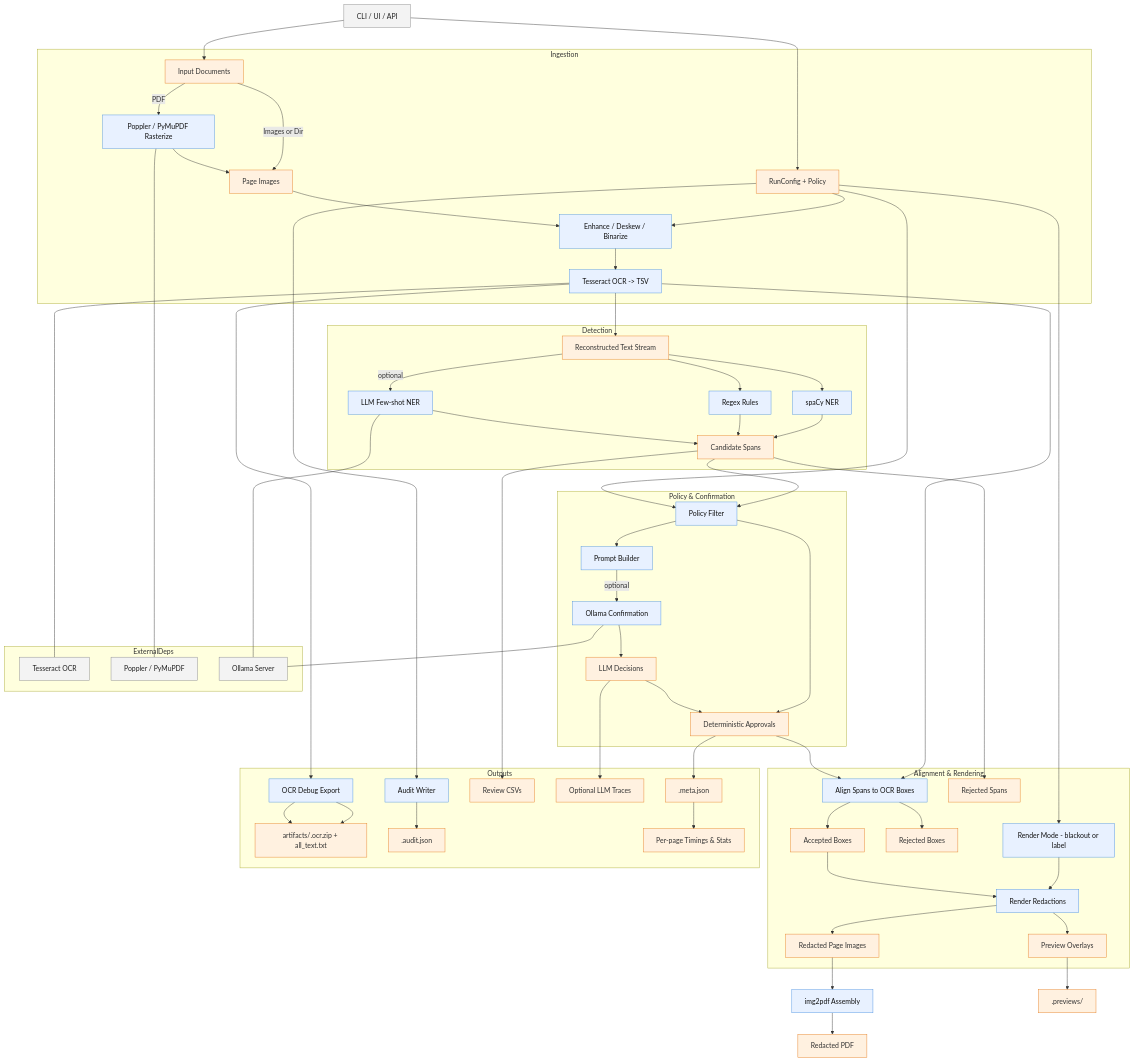
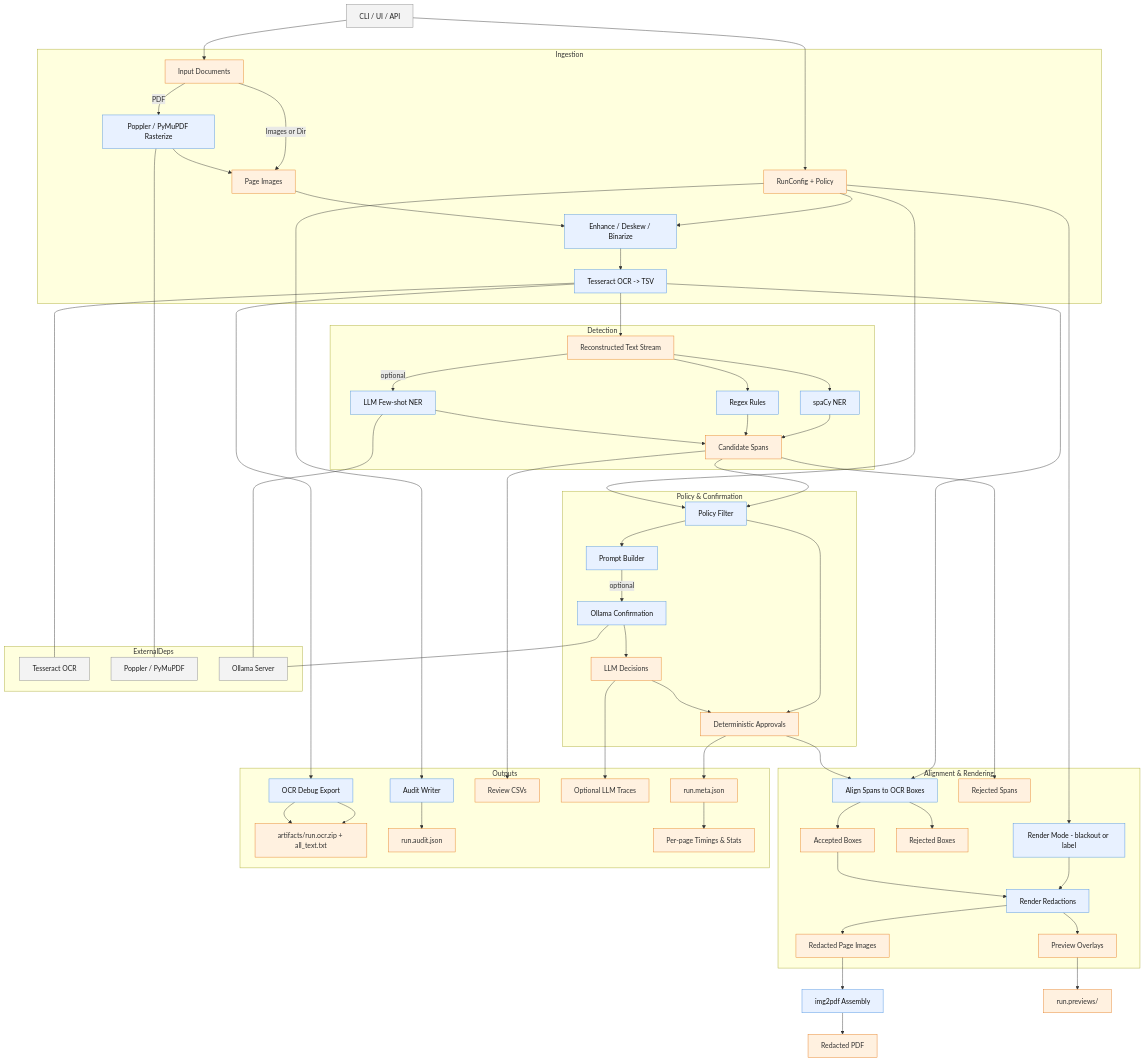
The diagram in docs/architecture.mmd (BechirTr/evanesco-offline), drawn with Mermaid before and after one commit. The commit also changed 46 other files, not shown here.

```diff
--- a/docs/architecture.mmd
+++ b/docs/architecture.mmd
@@ -1,81 +1,81 @@
-graph TD
+flowchart TD
   %% Styles
   classDef external fill:#f3f3f3,stroke:#888,color:#222
   classDef action fill:#e8f1ff,stroke:#4a90e2,color:#111
   classDef store fill:#fff1e0,stroke:#e67e22,color:#333
 
 %% Entry points
-Entry[CLI / UI / API]:::external --> Config[RunConfig + Policy]:::store;
-Entry --> Source[Input Documents]:::store;
+Entry[CLI / UI / API]:::external --> Config[RunConfig + Policy]:::store
+Entry --> Source[Input Documents]:::store
 
 %% Pipeline flow
 
 subgraph Ingestion
-  Source -->|PDF| Rasterize[Poppler / PyMuPDF Rasterize]:::action;
-  Source -->|Images or Dir| Pages[Page Images]:::store;
-  Rasterize --> Pages;
-  Config --> Preprocess[Enhance / Deskew / Binarize]:::action;
-  Pages --> Preprocess;
-  Preprocess --> OCR[Tesseract OCR -> TSV]:::action;
+  Source -->|PDF| Rasterize[Poppler / PyMuPDF Rasterize]:::action
+  Source -->|Images or Dir| Pages[Page Images]:::store
+  Rasterize --> Pages
+  Config --> Preprocess[Enhance / Deskew / Binarize]:::action
+  Pages --> Preprocess
+  Preprocess --> OCR[Tesseract OCR -> TSV]:::action
 end
 
-OCR --> TextStream[Reconstructed Text Stream]:::store;
-OCR --> DebugExport[OCR Debug Export]:::action;
-DebugExport --> OcrArtifacts[artifacts/<run>.ocr.zip + all_text.txt]:::store;
+OCR --> TextStream[Reconstructed Text Stream]:::store
+OCR --> DebugExport[OCR Debug Export]:::action
+DebugExport --> OcrArtifacts[artifacts/run.ocr.zip + all_text.txt]:::store
 
 subgraph Detection
-  TextStream --> Spa[spaCy NER]:::action;
-  TextStream --> Regex[Regex Rules]:::action;
-  TextStream -->|optional| LLMNER[LLM Few-shot NER]:::action;
-  Spa --> Candidates[Candidate Spans]:::store;
-  Regex --> Candidates;
-  LLMNER --> Candidates;
+  TextStream --> Spa[spaCy NER]:::action
+  TextStream --> Regex[Regex Rules]:::action
+  TextStream -->|optional| LLMNER[LLM Few-shot NER]:::action
+  Spa --> Candidates[Candidate Spans]:::store
+  Regex --> Candidates
+  LLMNER --> Candidates
 end
 
 subgraph PolicyConfirmation [Policy & Confirmation]
-  Candidates --> PolicyFilter[Policy Filter]:::action;
-  Config --> PolicyFilter;
-  PolicyFilter --> Prompt[Prompt Builder]:::action;
-  Prompt -->|optional| ConfirmLLM[Ollama Confirmation]:::action;
-  ConfirmLLM --> Decisions[LLM Decisions]:::store;
-  PolicyFilter --> Deterministic[Deterministic Approvals]:::store;
-  Decisions --> Deterministic;
+  Candidates --> PolicyFilter[Policy Filter]:::action
+  Config --> PolicyFilter
+  PolicyFilter --> Prompt[Prompt Builder]:::action
+  Prompt -->|optional| ConfirmLLM[Ollama Confirmation]:::action
+  ConfirmLLM --> Decisions[LLM Decisions]:::store
+  PolicyFilter --> Deterministic[Deterministic Approvals]:::store
+  Decisions --> Deterministic
 end
 
 subgraph AlignmentRendering [Alignment & Rendering]
-  OCR --> Align[Align Spans to OCR Boxes]:::action;
-  Deterministic --> Align;
-  Align --> Boxes[Accepted Boxes]:::store;
-  Candidates --> Rejected[Rejected Spans]:::store;
-  Align --> RejectedBoxes[Rejected Boxes]:::store;
-  Config --> RenderMode[Render Mode - blackout or label]:::action;
-  RenderMode --> Render[Render Redactions]:::action;
-  Boxes --> Render;
-  Render --> RedPages[Redacted Page Images]:::store;
-  Render --> Previews[Preview Overlays]:::store;
+  OCR --> Align[Align Spans to OCR Boxes]:::action
+  Deterministic --> Align
+  Align --> Boxes[Accepted Boxes]:::store
+  Candidates --> Rejected[Rejected Spans]:::store
+  Align --> RejectedBoxes[Rejected Boxes]:::store
+  Config --> RenderMode[Render Mode - blackout or label]:::action
+  RenderMode --> Render[Render Redactions]:::action
+  Boxes --> Render
+  Render --> RedPages[Redacted Page Images]:::store
+  Render --> Previews[Preview Overlays]:::store
 end
 
-RedPages --> PdfTask[img2pdf Assembly]:::action;
-PdfTask --> OutputPdf[Redacted PDF]:::store;
-Previews --> PreviewDir[<run>.previews/]:::store;
+RedPages --> PdfTask[img2pdf Assembly]:::action
+PdfTask --> OutputPdf[Redacted PDF]:::store
+Previews --> PreviewDir[run.previews/]:::store
 
 subgraph Outputs
-  Deterministic --> Meta[<run>.meta.json]:::store;
-  Candidates --> ReviewCsv[Review CSVs]:::store;
-  Decisions --> Traces[Optional LLM Traces]:::store;
-  DebugExport --> OcrArtifacts;
-  Config --> AuditWriter[Audit Writer]:::action;
-  AuditWriter --> AuditJson[<run>.audit.json]:::store;
-  Meta --> Summary[Per-page Timings & Stats]:::store;
+  Deterministic --> Meta[run.meta.json]:::store
+  Candidates --> ReviewCsv[Review CSVs]:::store
+  Decisions --> Traces[Optional LLM Traces]:::store
+  DebugExport --> OcrArtifacts
+  Config --> AuditWriter[Audit Writer]:::action
+  AuditWriter --> AuditJson[run.audit.json]:::store
+  Meta --> Summary[Per-page Timings & Stats]:::store
 end
 
 subgraph ExternalDeps
-  Tess[Tesseract OCR]:::external;
-  PopplerSvc[Poppler / PyMuPDF]:::external;
-  Oll[Ollama Server]:::external;
+  Tess[Tesseract OCR]:::external
+  PopplerSvc[Poppler / PyMuPDF]:::external
+  Oll[Ollama Server]:::external
 end
 
-OCR --- Tess;
-Rasterize --- PopplerSvc;
-ConfirmLLM --- Oll;
-LLMNER --- Oll;
+OCR --- Tess
+Rasterize --- PopplerSvc
+ConfirmLLM --- Oll
+LLMNER --- Oll
```
